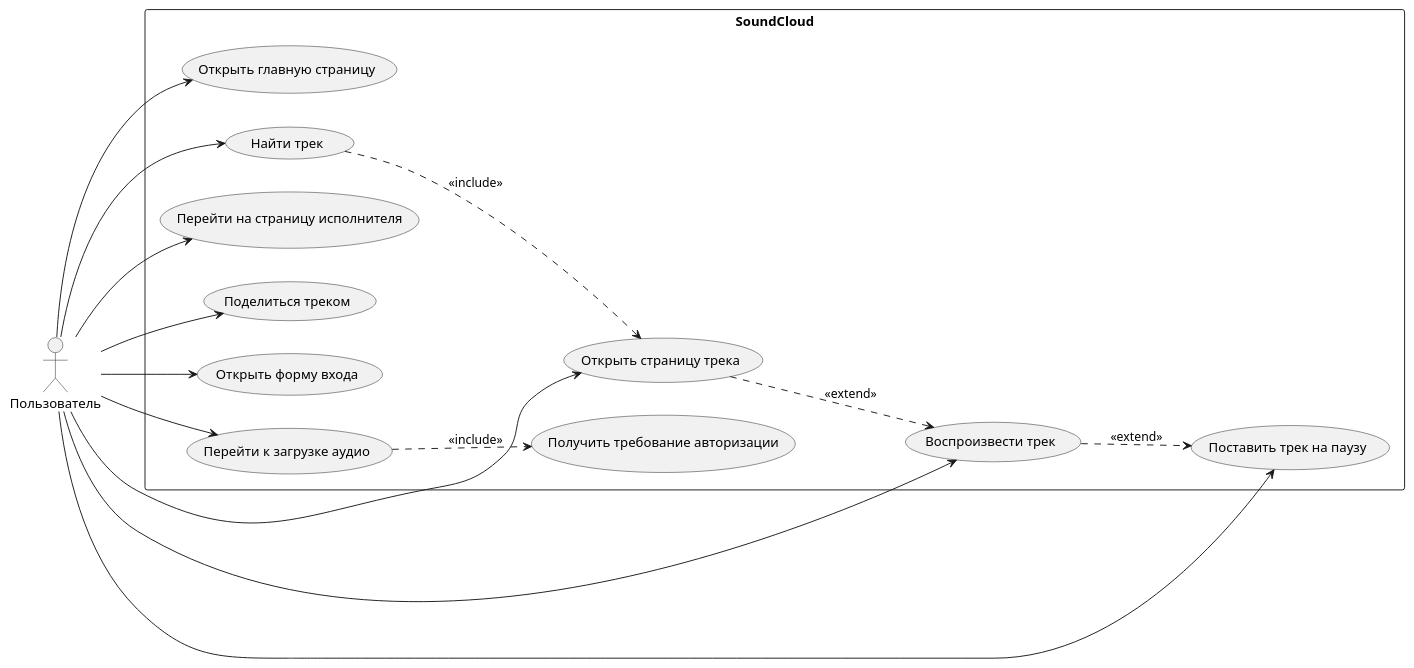
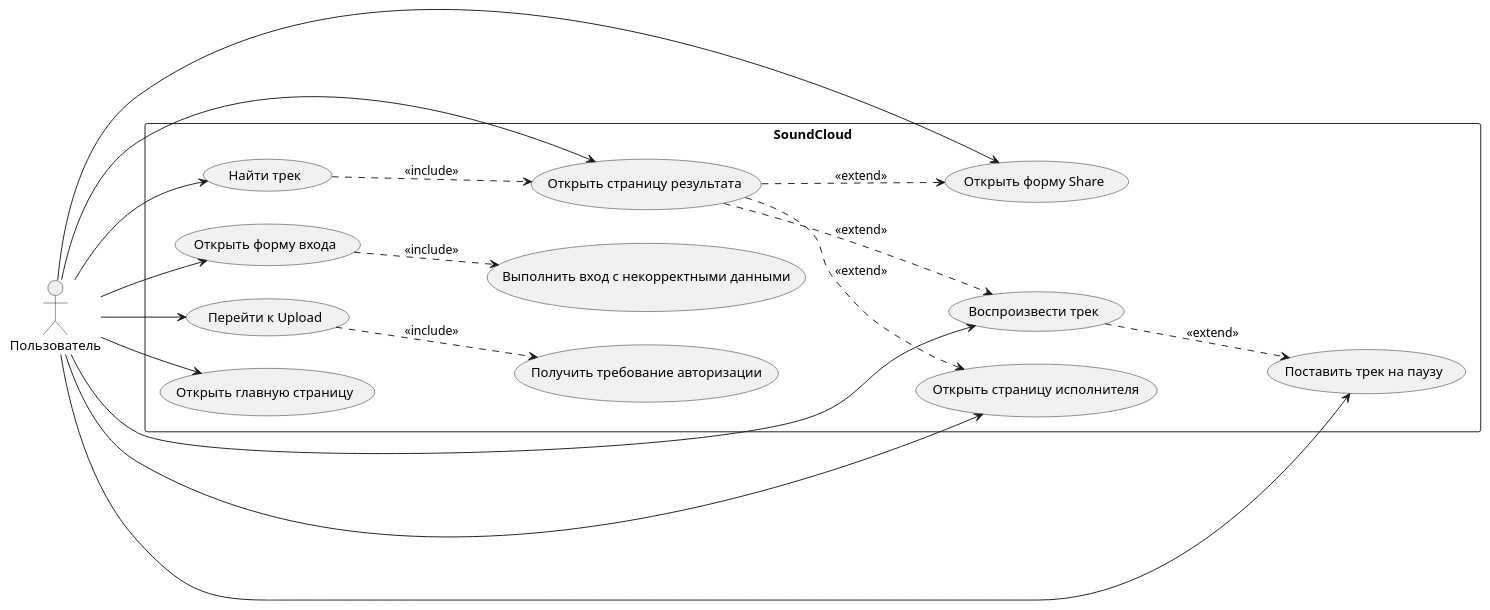
Before and after one commit to tsostanov/sc_qa: the diagram in README.md, drawn with PlantUML. The commit also changed other lines of this file and 3 other files, not shown here.

````diff
--- a/README.md
+++ b/README.md
@@ -97,36 +108,40 @@
 ```plantuml
 @startuml
 left to right direction
 
 actor "Пользователь" as User
 
 rectangle "SoundCloud" {
     usecase "Открыть главную страницу" as UC1
     usecase "Найти трек" as UC2
-    usecase "Открыть страницу трека" as UC3
+    usecase "Открыть страницу результата" as UC3
     usecase "Воспроизвести трек" as UC4
     usecase "Поставить трек на паузу" as UC5
-    usecase "Перейти на страницу исполнителя" as UC6
-    usecase "Поделиться треком" as UC7
+    usecase "Открыть страницу исполнителя" as UC6
+    usecase "Открыть форму Share" as UC7
     usecase "Открыть форму входа" as UC8
-    usecase "Перейти к загрузке аудио" as UC9
-    usecase "Получить требование авторизации" as UC10
+    usecase "Выполнить вход с некорректными данными" as UC9
+    usecase "Перейти к Upload" as UC10
+    usecase "Получить требование авторизации" as UC11
 }
 
 User --> UC1
 User --> UC2
 User --> UC3
 User --> UC4
 User --> UC5
 User --> UC6
 User --> UC7
 User --> UC8
-User --> UC9
+User --> UC10
 
-UC9 ..> UC10 : <<include>>
 UC2 ..> UC3 : <<include>>
 UC3 ..> UC4 : <<extend>>
 UC4 ..> UC5 : <<extend>>
+UC3 ..> UC6 : <<extend>>
+UC3 ..> UC7 : <<extend>>
+UC8 ..> UC9 : <<include>>
+UC10 ..> UC11 : <<include>>
 
 @enduml
 ```
````
